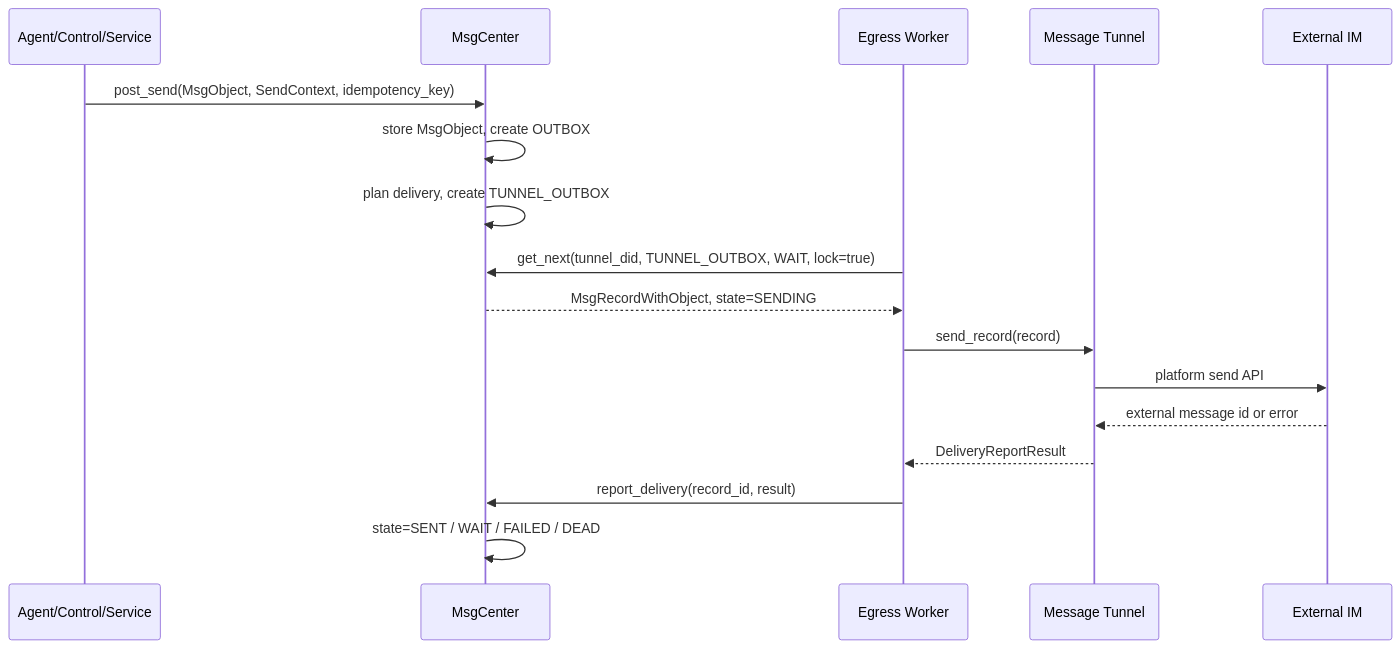
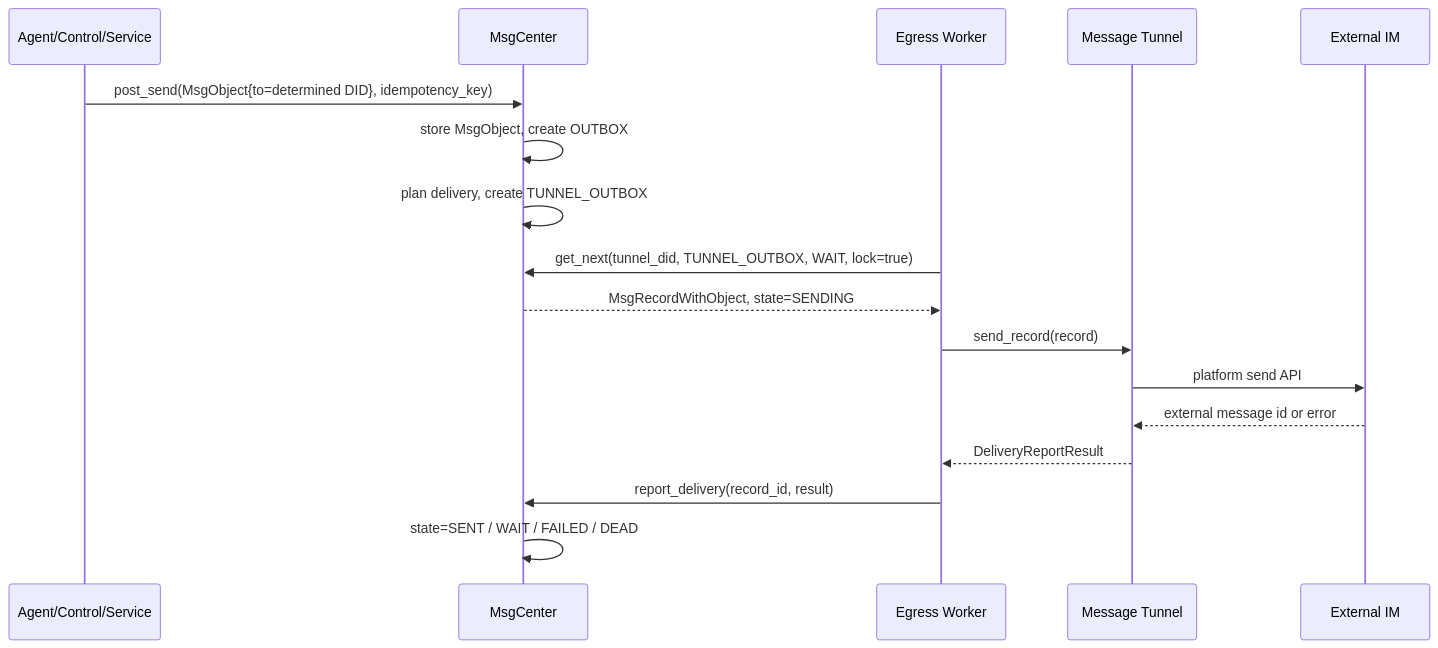
One commit to wugren/buckyos changed the second of 2 diagrams in doc/message_hub/Message Tunnel Design.md. Above: the diagram before and after it, drawn with Mermaid. The commit also changed other lines of this file and 16 other files, not shown here.

Commit message:
Refactor send_msg

````diff
--- a/doc/message_hub/Message Tunnel Design.md
+++ b/doc/message_hub/Message Tunnel Design.md
@@ -331,20 +333,20 @@
 ```mermaid
 sequenceDiagram
     participant A as Agent/Control/Service
     participant MC as MsgCenter
     participant W as Egress Worker
     participant T as Message Tunnel
     participant IM as External IM
 
-    A->>MC: post_send(MsgObject, SendContext, idempotency_key)
+    A->>MC: post_send(MsgObject{to=determined DID}, idempotency_key)
     MC->>MC: store MsgObject, create OUTBOX
     MC->>MC: plan delivery, create TUNNEL_OUTBOX
     W->>MC: get_next(tunnel_did, TUNNEL_OUTBOX, WAIT, lock=true)
     MC-->>W: MsgRecordWithObject, state=SENDING
     W->>T: send_record(record)
     T->>IM: platform send API
     IM-->>T: external message id or error
     T-->>W: DeliveryReportResult
     W->>MC: report_delivery(record_id, result)
     MC->>MC: state=SENT / WAIT / FAILED / DEAD
 ```
````
